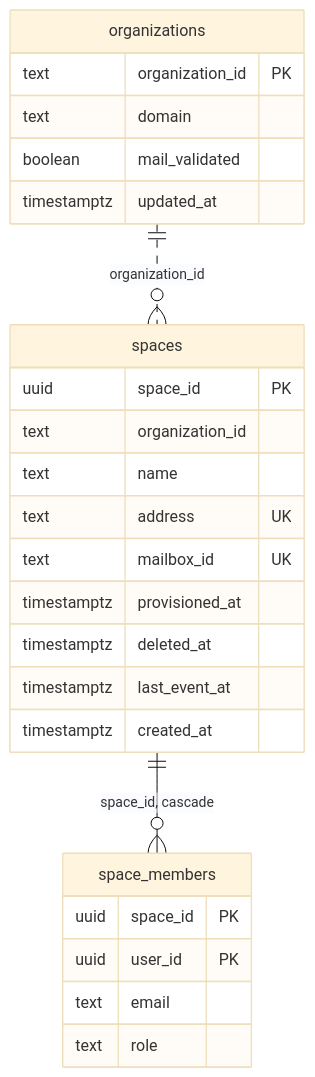
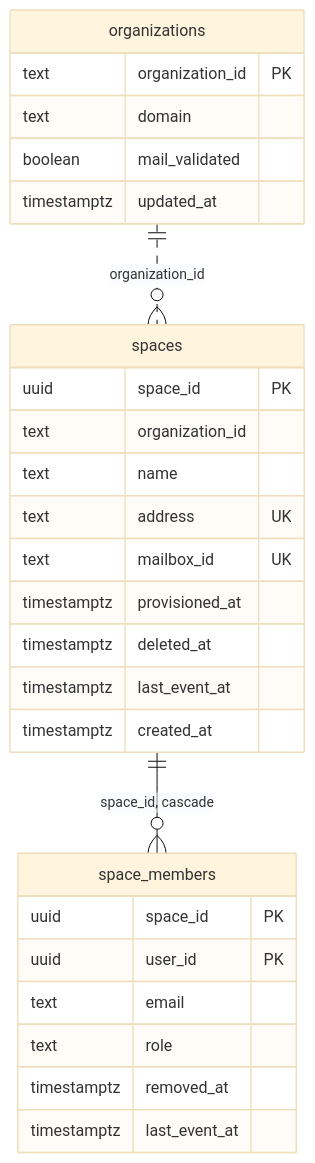
The first of 2 diagrams in docs/data-model.md (linagora/twake-mail-side-service), drawn with Mermaid (base theme) before and after one commit. The commit also changed other lines of this file and 3 other files, not shown here.

````diff
--- a/docs/data-model.md
+++ b/docs/data-model.md
@@ -5,28 +5,30 @@
 ```mermaid
 erDiagram
   organizations ||..o{ spaces : "organization_id"
   spaces ||--o{ space_members : "space_id, cascade"
   organizations {
     text organization_id PK
     text domain
     boolean mail_validated
     timestamptz updated_at
   }
   spaces {
     uuid space_id PK
     text organization_id
     text name
     text address UK
     text mailbox_id UK
     timestamptz provisioned_at
     timestamptz deleted_at
     timestamptz last_event_at
     timestamptz created_at
   }
   space_members {
     uuid space_id PK
     uuid user_id PK
     text email
     text role
+    timestamptz removed_at
+    timestamptz last_event_at
   }
 ```
````
